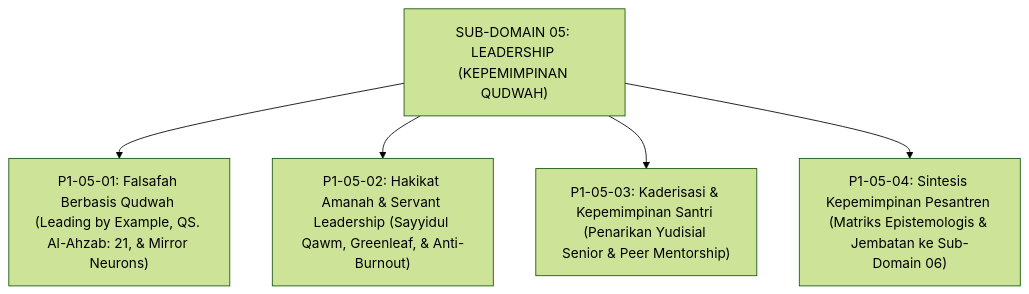
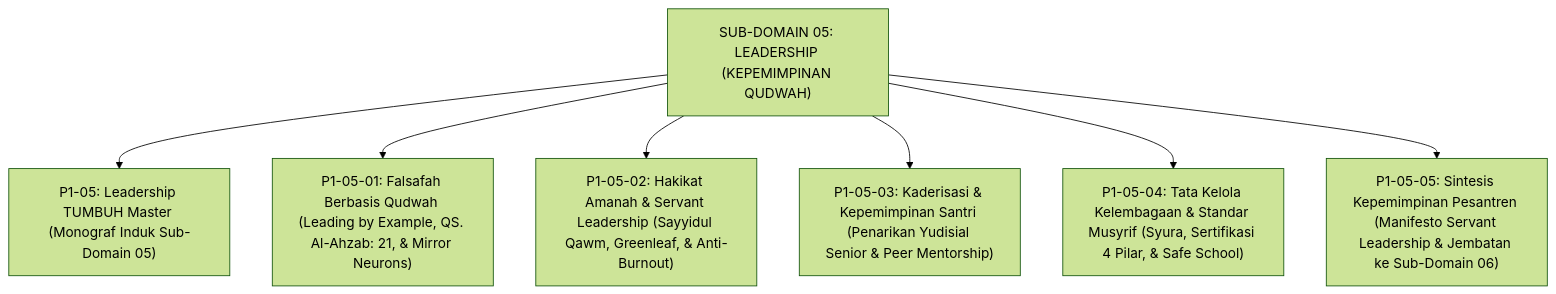
One commit to wandiapriliyandi/tumbuh changed the diagram in 01 Philosophy/05 Leadership/README.md. Above: the diagram before and after it, drawn with Mermaid (forest theme). The commit also changed other lines of this file and 31 other files, not shown here.

Commit message:
feat(philosophy): complete 100% comprehensive monographs for Sub-Domain 03, 04, 05, and 06 in 01 Philosophy

````diff
--- a/01 Philosophy/05 Leadership/README.md
+++ b/01 Philosophy/05 Leadership/README.md
@@ -14,9 +14,11 @@
 ```mermaid
 graph TD
     Leadership["SUB-DOMAIN 05: LEADERSHIP (KEPEMIMPINAN QUDWAH)"]
     
+    Leadership --> Master["P1-05: Leadership TUMBUH Master (Monograf Induk Sub-Domain 05)"]
     Leadership --> M1["P1-05-01: Falsafah Berbasis Qudwah (Leading by Example, QS. Al-Ahzab: 21, & Mirror Neurons)"]
     Leadership --> M2["P1-05-02: Hakikat Amanah & Servant Leadership (Sayyidul Qawm, Greenleaf, & Anti-Burnout)"]
     Leadership --> M3["P1-05-03: Kaderisasi & Kepemimpinan Santri (Penarikan Yudisial Senior & Peer Mentorship)"]
-    Leadership --> M4["P1-05-04: Sintesis Kepemimpinan Pesantren (Matriks Epistemologis & Jembatan ke Sub-Domain 06)"]
+    Leadership --> M4["P1-05-04: Tata Kelola Kelembagaan & Standar Musyrif (Syura, Sertifikasi 4 Pilar, & Safe School)"]
+    Leadership --> M5["P1-05-05: Sintesis Kepemimpinan Pesantren (Manifesto Servant Leadership & Jembatan ke Sub-Domain 06)"]
 ```
````
